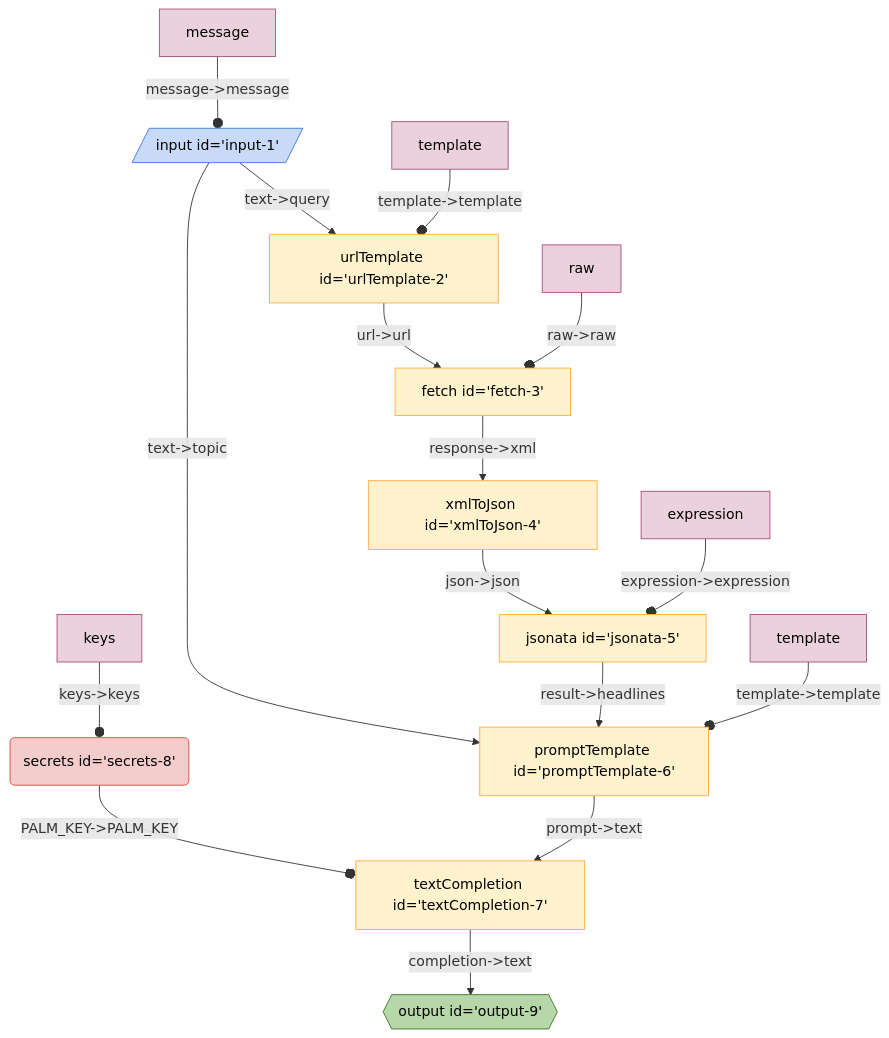
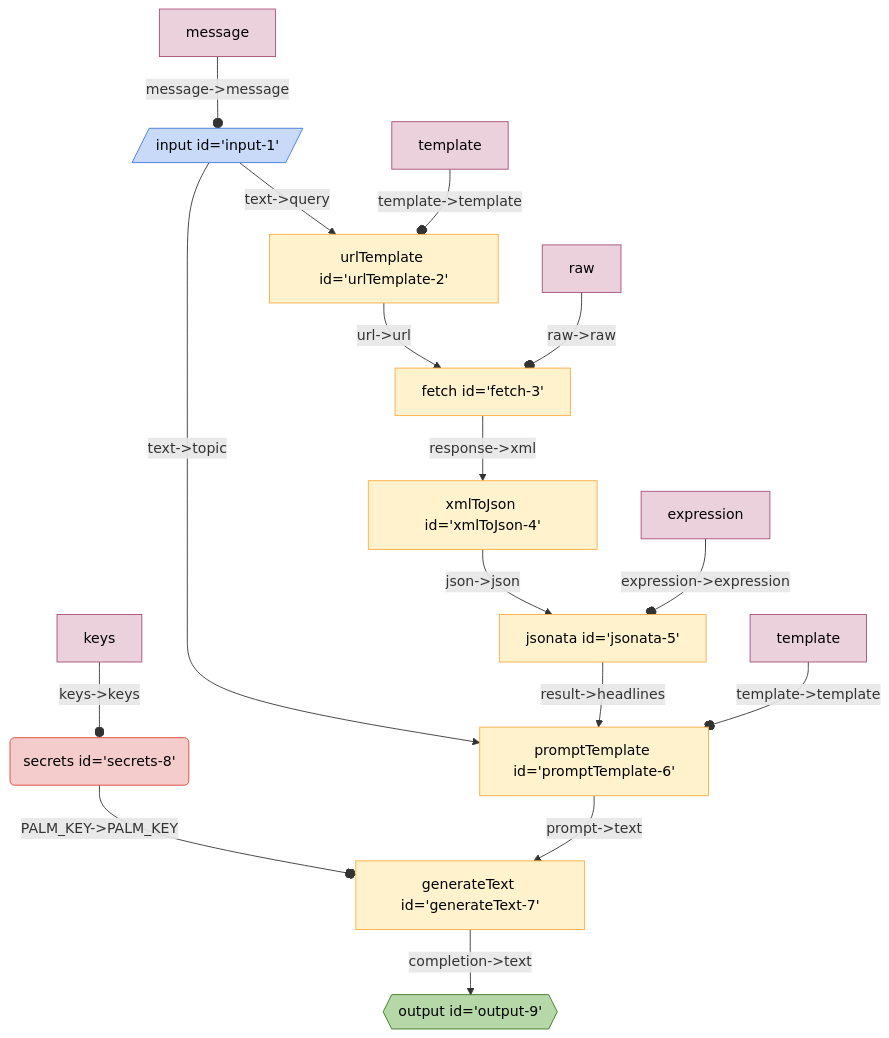
The diagram in seeds/graph-playground/docs/graphs/google-news.md (breadboard-ai/breadboard), drawn with Mermaid before and after one commit. The commit also changed 63 other files, not shown here.

First line of the commit message:
[llm-starter] Rename `textCompletion` to `generateText`.

````diff
--- a/seeds/graph-playground/docs/graphs/google-news.md
+++ b/seeds/graph-playground/docs/graphs/google-news.md
@@ -5,27 +5,27 @@
   ```mermaid
   %%{init: 'themeVariables': { 'fontFamily': 'Fira Code, monospace' }}%%
 graph TD;
 input1[/"input id='input-1'"/]:::input -- "text->topic" --> promptTemplate6["promptTemplate id='promptTemplate-6'"]
-secrets8("secrets id='secrets-8'"):::secrets -- "PALM_KEY->PALM_KEY" --o textCompletion7["textCompletion id='textCompletion-7'"]
-textCompletion7["textCompletion id='textCompletion-7'"] -- "completion->text" --> output9{{"output id='output-9'"}}:::output
-promptTemplate6["promptTemplate id='promptTemplate-6'"] -- "prompt->text" --> textCompletion7["textCompletion id='textCompletion-7'"]
+secrets8("secrets id='secrets-8'"):::secrets -- "PALM_KEY->PALM_KEY" --o generateText7["generateText id='generateText-7'"]
+generateText7["generateText id='generateText-7'"] -- "completion->text" --> output9{{"output id='output-9'"}}:::output
+promptTemplate6["promptTemplate id='promptTemplate-6'"] -- "prompt->text" --> generateText7["generateText id='generateText-7'"]
 jsonata5["jsonata id='jsonata-5'"] -- "result->headlines" --> promptTemplate6["promptTemplate id='promptTemplate-6'"]
 xmlToJson4["xmlToJson id='xmlToJson-4'"] -- "json->json" --> jsonata5["jsonata id='jsonata-5'"]
 fetch3["fetch id='fetch-3'"] -- "response->xml" --> xmlToJson4["xmlToJson id='xmlToJson-4'"]
 urlTemplate2["urlTemplate id='urlTemplate-2'"] -- "url->url" --> fetch3["fetch id='fetch-3'"]
 input1[/"input id='input-1'"/]:::input -- "text->query" --> urlTemplate2["urlTemplate id='urlTemplate-2'"]
 messageinput1[message]:::config -- "message->message" --o input1
 templateurlTemplate2[template]:::config -- "template->template" --o urlTemplate2
 rawfetch3[raw]:::config -- "raw->raw" --o fetch3
 expressionjsonata5[expression]:::config -- "expression->expression" --o jsonata5
 templatepromptTemplate6[template]:::config -- "template->template" --o promptTemplate6
 keyssecrets8[keys]:::config -- "keys->keys" --o secrets8
 classDef default stroke:#ffab40,fill:#fff2ccff,color:#000
 classDef input stroke:#3c78d8,fill:#c9daf8ff,color:#000
 classDef output stroke:#38761d,fill:#b6d7a8ff,color:#000
 classDef passthrough stroke:#a64d79,fill:#ead1dcff,color:#000
 classDef slot stroke:#a64d79,fill:#ead1dcff,color:#000
 classDef config stroke:#a64d79,fill:#ead1dcff,color:#000
 classDef secrets stroke:#db4437,fill:#f4cccc,color:#000
 classDef slotted stroke:#a64d79
   ```
````
